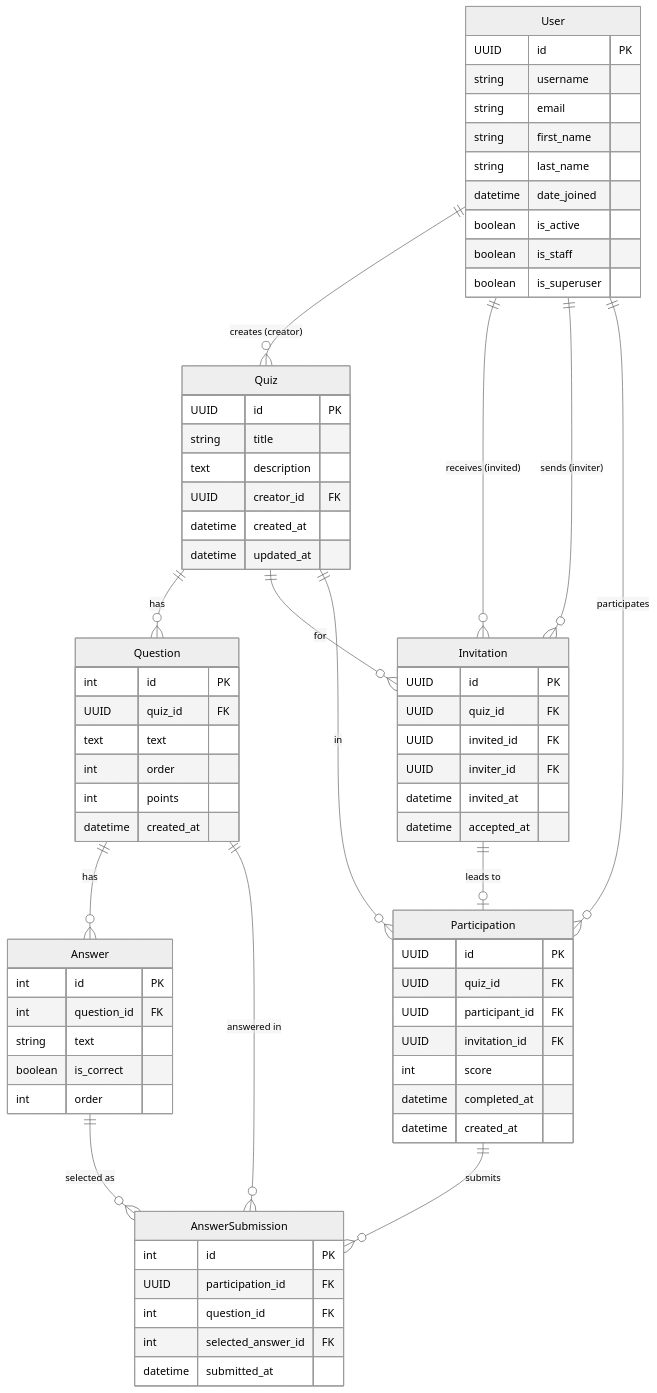
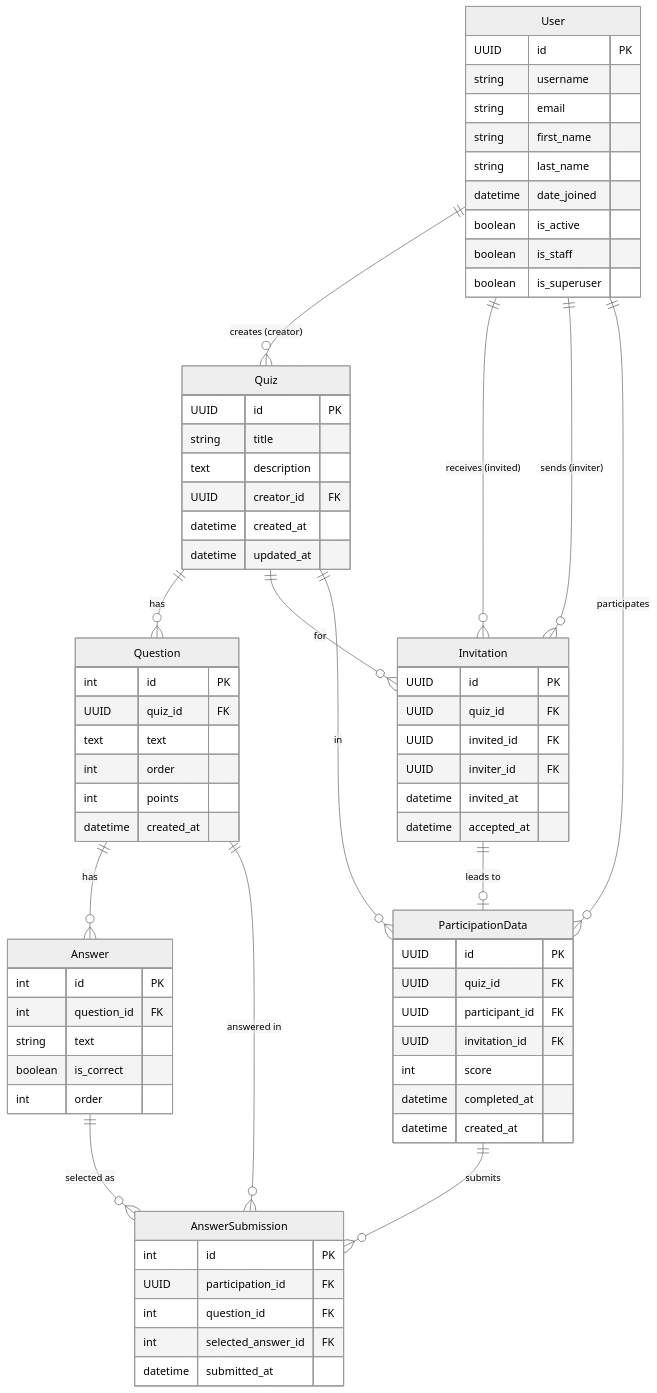
Before and after one commit to YusefBM/qaas: the diagram in README.md, drawn with Mermaid (neutral theme). The commit also changed other lines of this file and 60 other files, not shown here.

````diff
--- a/README.md
+++ b/README.md
@@ -101,7 +101,7 @@
         datetime accepted_at
     }
 
-    Participation {
+    ParticipationData {
         UUID id PK
         UUID quiz_id FK
         UUID participant_id FK
@@ -128,11 +128,11 @@
     User ||--o{ Invitation : "sends (inviter)"
     Quiz ||--o{ Invitation : "for"
     
-    Quiz ||--o{ Participation : "in"
-    User ||--o{ Participation : "participates"
-    Invitation ||--o| Participation : "leads to"
+    Quiz ||--o{ ParticipationData : "in"
+    User ||--o{ ParticipationData : "participates"
+    Invitation ||--o| ParticipationData : "leads to"
     
-    Participation ||--o{ AnswerSubmission : "submits"
+    ParticipationData ||--o{ AnswerSubmission : "submits"
     Question ||--o{ AnswerSubmission : "answered in"
     Answer ||--o{ AnswerSubmission : "selected as"
 ```
````
